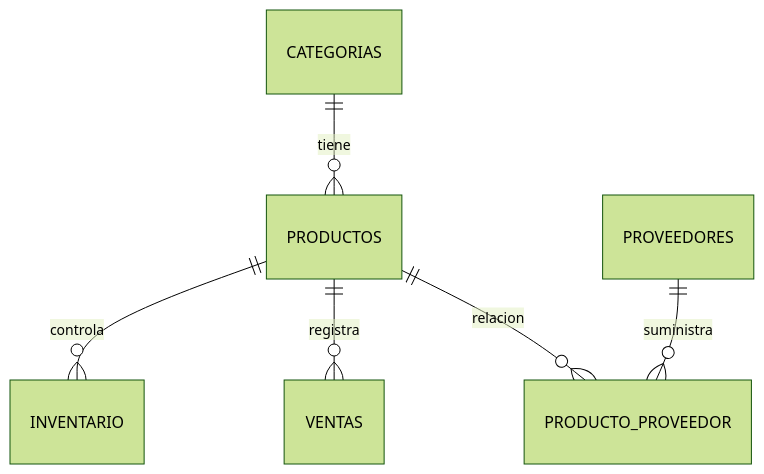
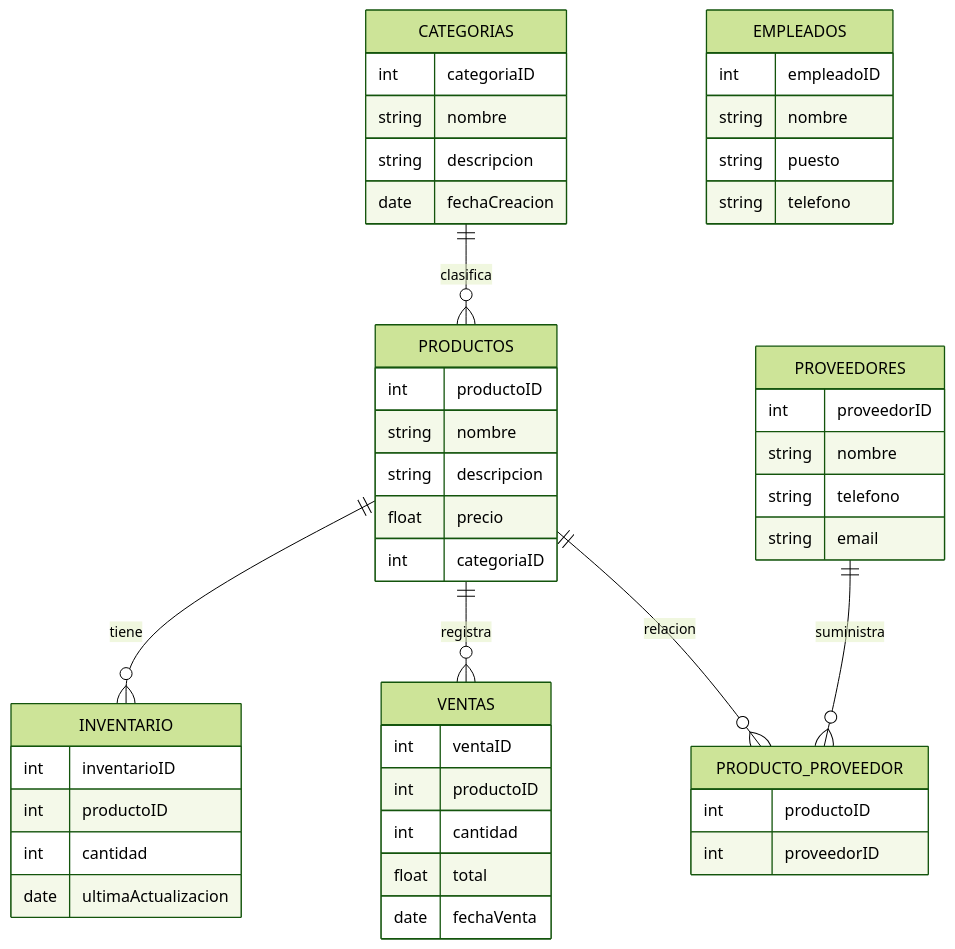
One commit to dectorserranodaianam3s2-creator/Tiendavariada- changed the diagram in README.md. Above: the diagram before and after it, drawn with Mermaid (forest theme). The commit also changed other lines of this file, not shown here.

````diff
--- a/README.md
+++ b/README.md
@@ -106,8 +53,57 @@
 ```mermaid
 erDiagram
-CATEGORIAS ||--o{ PRODUCTOS : tiene
-PRODUCTOS ||--o{ INVENTARIO : controla
-PRODUCTOS ||--o{ VENTAS : registra
-PRODUCTOS ||--o{ PRODUCTO_PROVEEDOR : relacion
-PROVEEDORES ||--o{ PRODUCTO_PROVEEDOR : suministra
+    CATEGORIAS {
+        int categoriaID
+        string nombre
+        string descripcion
+        date fechaCreacion
+    }
+
+    PRODUCTOS {
+        int productoID
+        string nombre
+        string descripcion
+        float precio
+        int categoriaID
+    }
+
+    PROVEEDORES {
+        int proveedorID
+        string nombre
+        string telefono
+        string email
+    }
+
+    PRODUCTO_PROVEEDOR {
+        int productoID
+        int proveedorID
+    }
+
+    INVENTARIO {
+        int inventarioID
+        int productoID
+        int cantidad
+        date ultimaActualizacion
+    }
+
+    VENTAS {
+        int ventaID
+        int productoID
+        int cantidad
+        float total
+        date fechaVenta
+    }
+
+    EMPLEADOS {
+        int empleadoID
+        string nombre
+        string puesto
+        string telefono
+    }
+
+    CATEGORIAS ||--o{ PRODUCTOS : clasifica
+    PRODUCTOS ||--o{ INVENTARIO : tiene
+    PRODUCTOS ||--o{ VENTAS : registra
+    PRODUCTOS ||--o{ PRODUCTO_PROVEEDOR : relacion
+    PROVEEDORES ||--o{ PRODUCTO_PROVEEDOR : suministra
 ```
````
